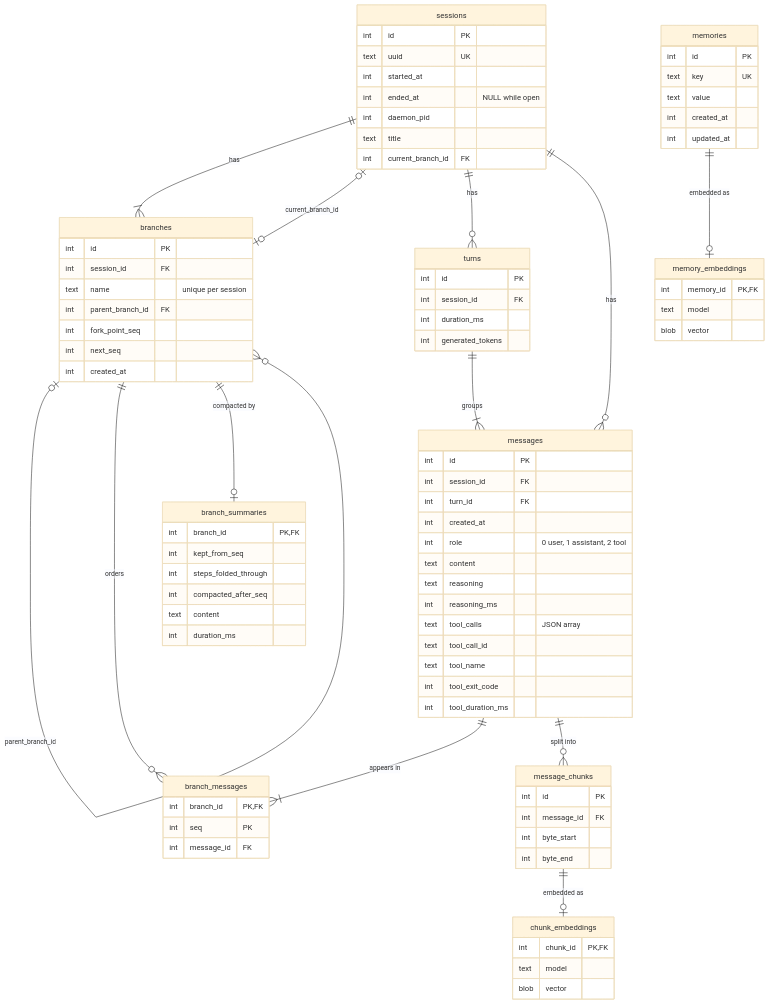
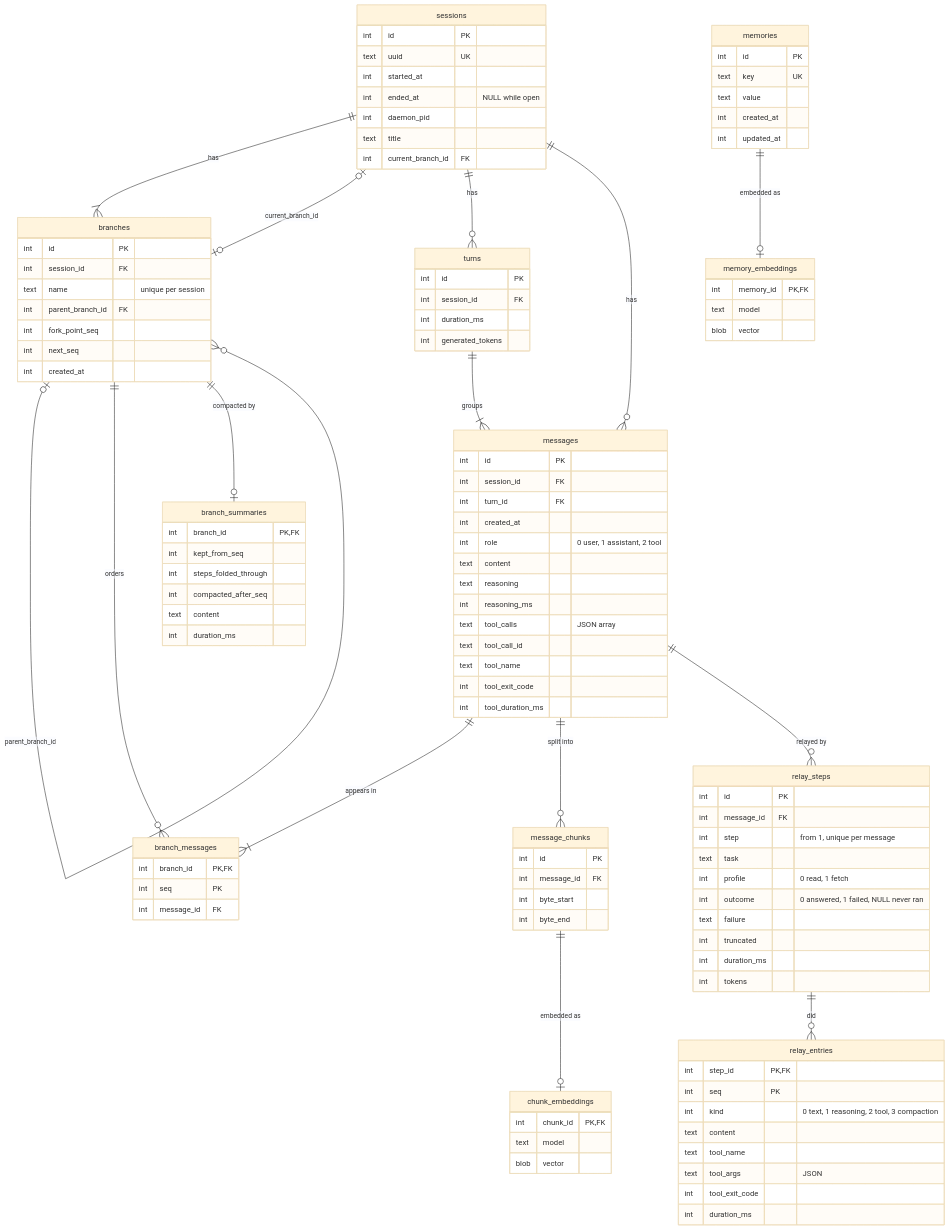
One commit to gnolruf/assistd changed the diagram in docs/database.md. Above: the diagram before and after it, drawn with Mermaid (base theme). The commit also changed other lines of this file and 29 other files, not shown here.

```diff
--- a/docs/database.md
+++ b/docs/database.md
@@ -20,6 +20,8 @@
     messages ||--|{ branch_messages : "appears in"
     branches ||--o| branch_summaries : "compacted by"
     messages ||--o{ message_chunks : "split into"
+    messages ||--o{ relay_steps : "relayed by"
+    relay_steps ||--o{ relay_entries : "did"
     message_chunks ||--o| chunk_embeddings : "embedded as"
     memories ||--o| memory_embeddings : "embedded as"
 
@@ -75,6 +77,28 @@
         text content
         int duration_ms
     }
+    relay_steps {
+        int id PK
+        int message_id FK
+        int step "from 1, unique per message"
+        text task
+        int profile "0 read, 1 fetch"
+        int outcome "0 answered, 1 failed, NULL never ran"
+        text failure
+        int truncated
+        int duration_ms
+        int tokens
+    }
+    relay_entries {
+        int step_id PK, FK
+        int seq PK
+        int kind "0 text, 1 reasoning, 2 tool, 3 compaction"
+        text content
+        text tool_name
+        text tool_args "JSON"
+        int tool_exit_code
+        int duration_ms
+    }
     memories {
         int id PK
         text key UK
```
